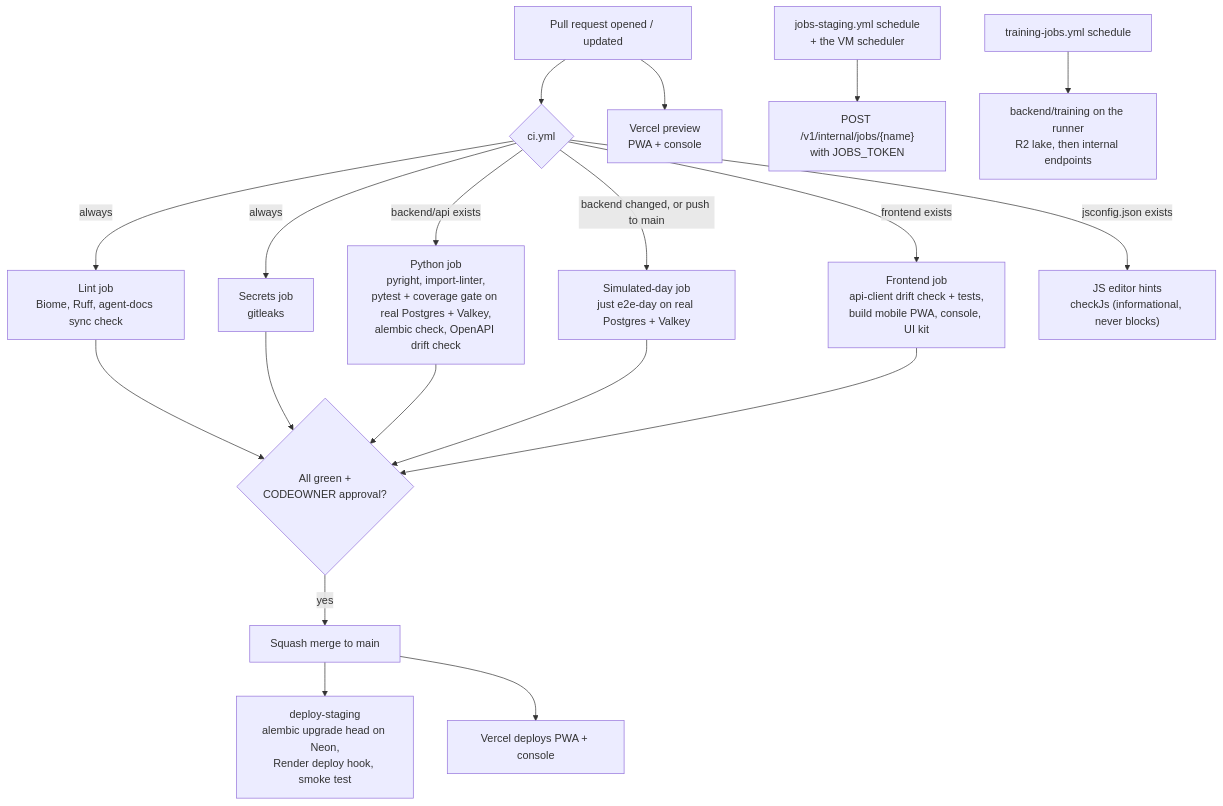
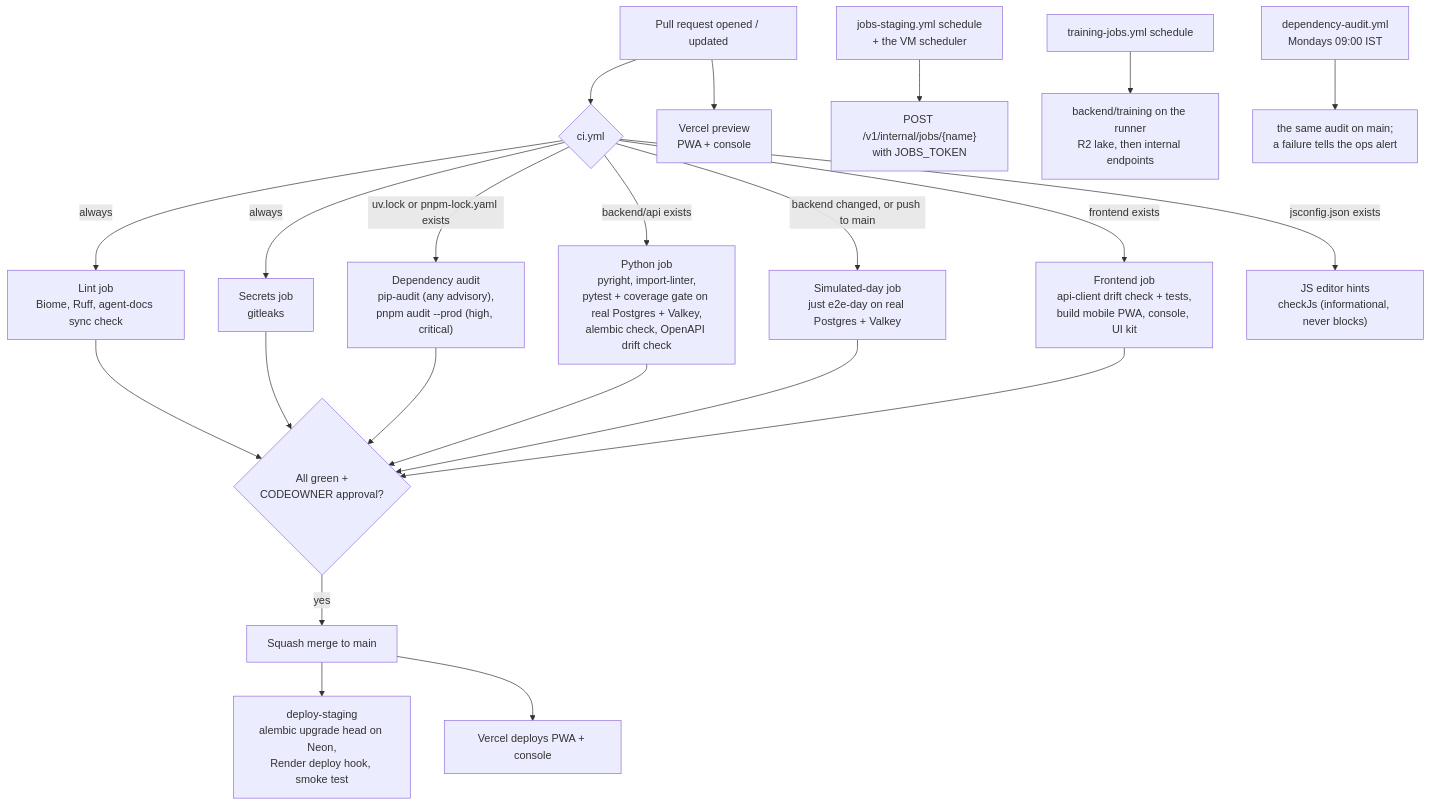
One commit to prelekar7/GharBasket changed the second of 3 diagrams in docs/handbook/11-engineering-process.md. Above: the diagram before and after it, drawn with Mermaid. The commit also changed other lines of this file and 8 other files, not shown here.

````diff
--- a/docs/handbook/11-engineering-process.md
+++ b/docs/handbook/11-engineering-process.md
@@ -115,21 +116,24 @@
 ```mermaid
 flowchart TD
     PR["Pull request opened / updated"] --> CI{"ci.yml"}
     CI -->|always| LINT["Lint job<br/>Biome, Ruff, agent-docs sync check"]
     CI -->|always| SEC["Secrets job<br/>gitleaks"]
+    CI -->|"uv.lock or pnpm-lock.yaml exists"| AUD["Dependency audit<br/>pip-audit (any advisory),<br/>pnpm audit --prod (high, critical)"]
     CI -->|"backend/api exists"| PY["Python job<br/>pyright, import-linter,<br/>pytest + coverage gate on real Postgres + Valkey,<br/>alembic check, OpenAPI drift check"]
     CI -->|"backend changed, or push to main"| E2E["Simulated-day job<br/>just e2e-day on real Postgres + Valkey"]
     CI -->|"frontend exists"| FE["Frontend job<br/>api-client drift check + tests,<br/>build mobile PWA, console, UI kit"]
     CI -->|"jsconfig.json exists"| HINT["JS editor hints<br/>checkJs (informational, never blocks)"]
     PR --> VP["Vercel preview<br/>PWA + console"]
     LINT --> OK{"All green +<br/>CODEOWNER approval?"}
     SEC --> OK
+    AUD --> OK
     PY --> OK
     E2E --> OK
     FE --> OK
     OK -->|yes| MG["Squash merge to main"]
     MG --> STG["deploy-staging<br/>alembic upgrade head on Neon,<br/>Render deploy hook, smoke test"]
     MG --> VD["Vercel deploys PWA + console"]
     SCH["jobs-staging.yml schedule<br/>+ the VM scheduler"] --> JOB["POST /v1/internal/jobs/{name}<br/>with JOBS_TOKEN"]
     TRN["training-jobs.yml schedule"] --> TRJ["backend/training on the runner<br/>R2 lake, then internal endpoints"]
+    WK["dependency-audit.yml<br/>Mondays 09:00 IST"] --> WKA["the same audit on main;<br/>a failure tells the ops alert"]
 ```
````
